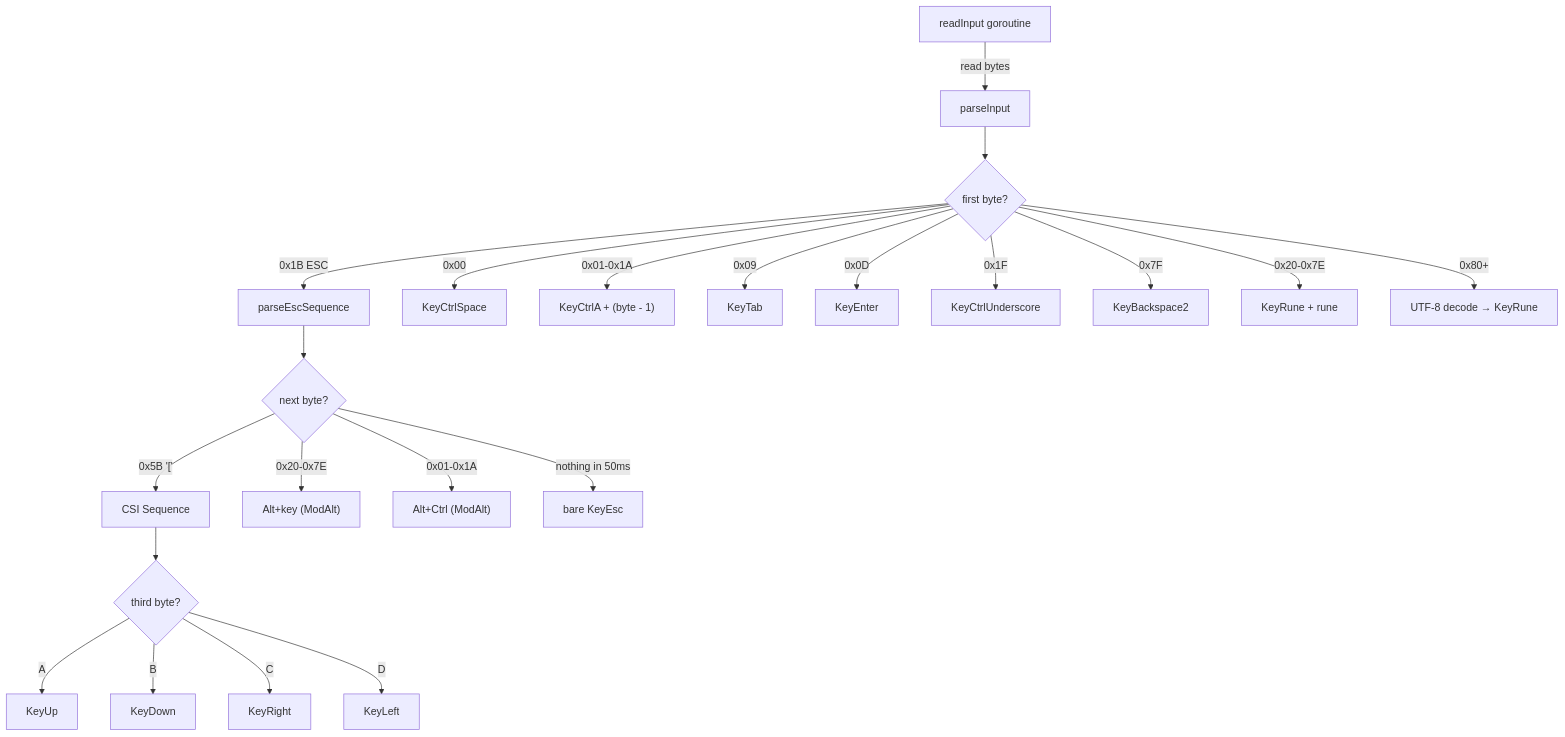
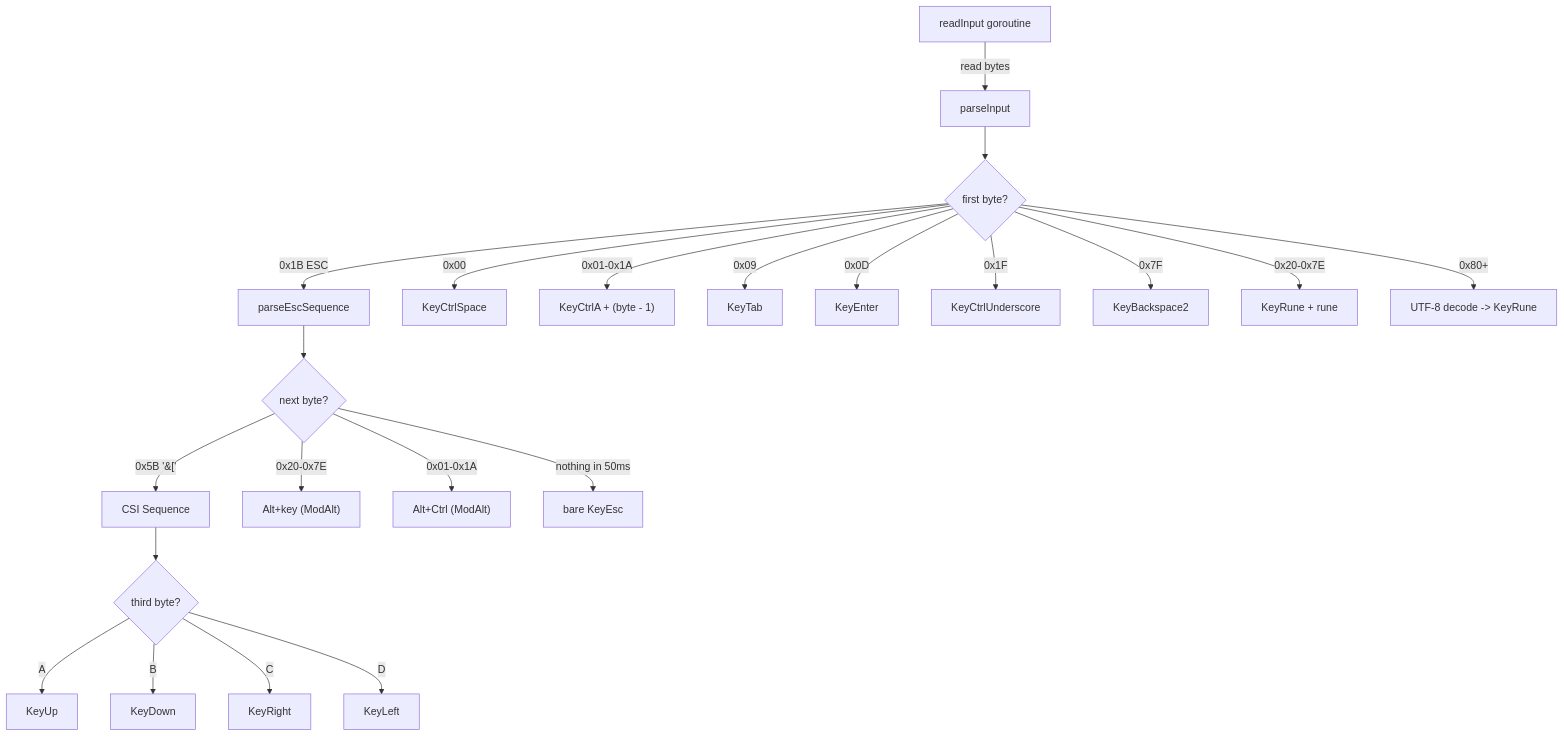
One commit to ryogrid/gomacs changed the seventh of 10 diagrams in impl_docs/terminal.md. Above: the diagram before and after it, drawn with Mermaid. The commit also changed other lines of this file and 4 other files, not shown here.

````diff
--- a/impl_docs/terminal.md
+++ b/impl_docs/terminal.md
@@ -201,26 +255,26 @@
 ```mermaid
 flowchart TD
     A[readInput goroutine] -->|read bytes| B[parseInput]
     B --> C{first byte?}
     C -->|0x1B ESC| D[parseEscSequence]
     C -->|0x00| E[KeyCtrlSpace]
     C -->|0x01-0x1A| F["KeyCtrlA + (byte - 1)"]
     C -->|0x09| G[KeyTab]
     C -->|0x0D| H[KeyEnter]
     C -->|0x1F| I[KeyCtrlUnderscore]
     C -->|0x7F| J[KeyBackspace2]
     C -->|0x20-0x7E| K["KeyRune + rune"]
-    C -->|0x80+| L["UTF-8 decode → KeyRune"]
+    C -->|0x80+| L["UTF-8 decode -> KeyRune"]
 
     D --> M{next byte?}
-    M -->|"0x5B '['"| N[CSI Sequence]
+    M -->|"0x5B '&#91;'"| N[CSI Sequence]
     M -->|0x20-0x7E| O["Alt+key (ModAlt)"]
     M -->|0x01-0x1A| P["Alt+Ctrl (ModAlt)"]
     M -->|nothing in 50ms| Q[bare KeyEsc]
 
     N --> R{third byte?}
     R -->|A| S[KeyUp]
     R -->|B| T[KeyDown]
     R -->|C| U[KeyRight]
     R -->|D| V[KeyLeft]
 ```
````
